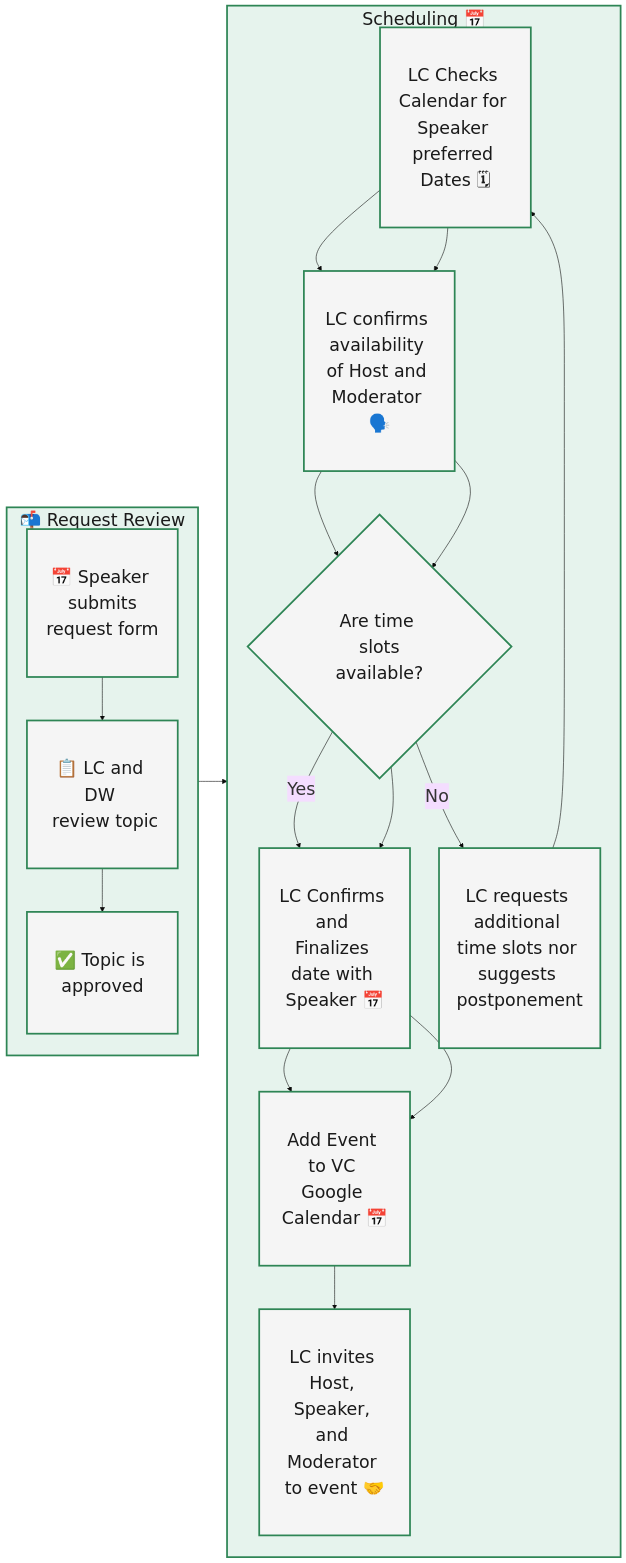
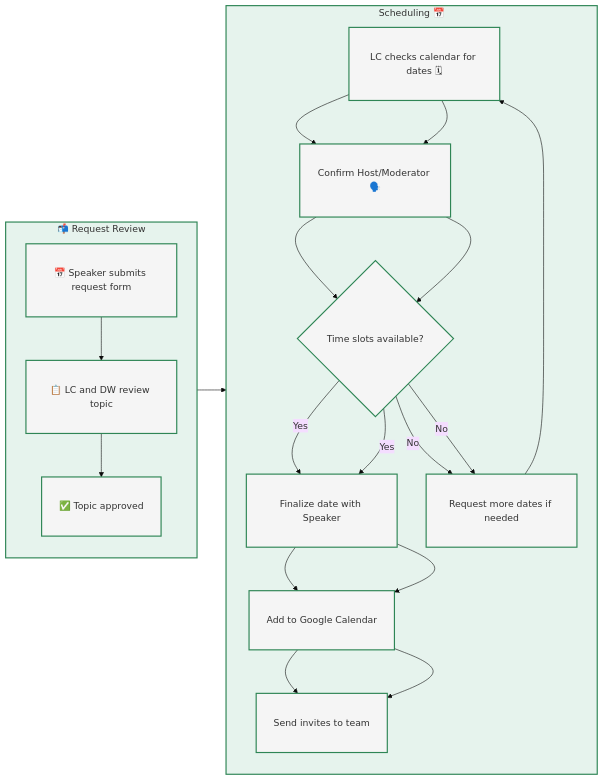
Before and after one commit to CBID2/VC-Community-Docs: the diagram in docs/lunch-and-learns/process-docs.md, drawn with Mermaid. The commit also changed 1 other file, not shown here.

Commit message:
Update Mermaid diagrams for better readability and mobile-friendliness

````diff
--- a/docs/lunch-and-learns/process-docs.md
+++ b/docs/lunch-and-learns/process-docs.md
@@ -81,38 +81,43 @@
 ```mermaid
-%%{init: {'theme':'base', 'themeVariables': {'fontSize':'30px', 'fontFamily':'arial'}}}%%
+%%{init: {'theme':'base', 'themeVariables': {'fontSize':'16px', 'fontFamily':'Arial'}}}%%
 flowchart LR
   %% Left Column - Request Review
   subgraph A["📬 Request Review"]
     direction TB
-    A1["📅 Speaker submits<br/>request form"]
-    A2["📋 LC and DW <br/> review topic"]
-    A3["✅ Topic is approved"]
+    A1["📅 Speaker submits request form"]
+    A2["📋 LC and DW review topic"]
+    A3["✅ Topic approved"]
     A1 --> A2 --> A3
   end
 
-%% Right Column - Scheduling Stage
-subgraph B[Scheduling 📅]
-direction TB
-B1["LC Checks Calendar for Speaker preferred Dates 🗓"]
-B2["LC confirms availability of Host and Moderator 🗣️"]
-B3{"Are time slots\navailable?"}
-B4["LC Confirms and Finalizes date with Speaker 📅"]
-B5["Add Event to VC Google Calendar 📅"]
-B6[LC invites Host, Speaker, and Moderator to event 🤝]
-B7["LC requests additional time slots nor suggests postponement"]
+  %% Right Column - Scheduling Stage
+  subgraph B["Scheduling 📅"]
+    direction TB
+    B1["LC checks calendar for dates 🗓"]
+    B2["Confirm Host/Moderator 🗣️"]
+    B3{"Time slots available?"}
+    B4["Finalize date with Speaker"]
+    B5["Add to Google Calendar"]
+    B6["Send invites to team"]
+    B7["Request more dates if needed"]
+    
+    B1 --> B2 --> B3
+    B3 -->|Yes| B4
+    B3 -->|No| B7
+    B4 --> B5 --> B6
+  end
+  
+  %% Connect the two subgraphs
+  A3 --> B1
+  
+  %% Flow within Scheduling
+  B1 --> B2 --> B3
+  B3 -->|Yes| B4 --> B5 --> B6
+  B3 -->|No| B7 --> B1
 
-    B1 --> B2 --> B3
-    B3 -->|Yes| B4 --> B5 --> B6
-    B3 -->|No| B7 --> B1
-
-end
-
-%% Flow between columns
-A3 --> B1 --> B2 --> B3 --> B4 --> B5
-
-%% Styling
-classDef default fill:#f5f5f5,stroke:#2e8555,stroke-width:3px,color:#1a1a1a,padding:15px;
-classDef process fill:#e6f3ed,stroke:#2e8555,stroke-width:3px,color:#1a1a1a;
-class A,B process;
+  %% Styling
+  classDef default fill:#f5f5f5,stroke:#2e8555,stroke-width:2px,color:#333,padding:10px;
+  classDef process fill:#e6f3ed,stroke:#2e8555,stroke-width:2px,color:#333;
+  class A,B process;
 
 ```
````
